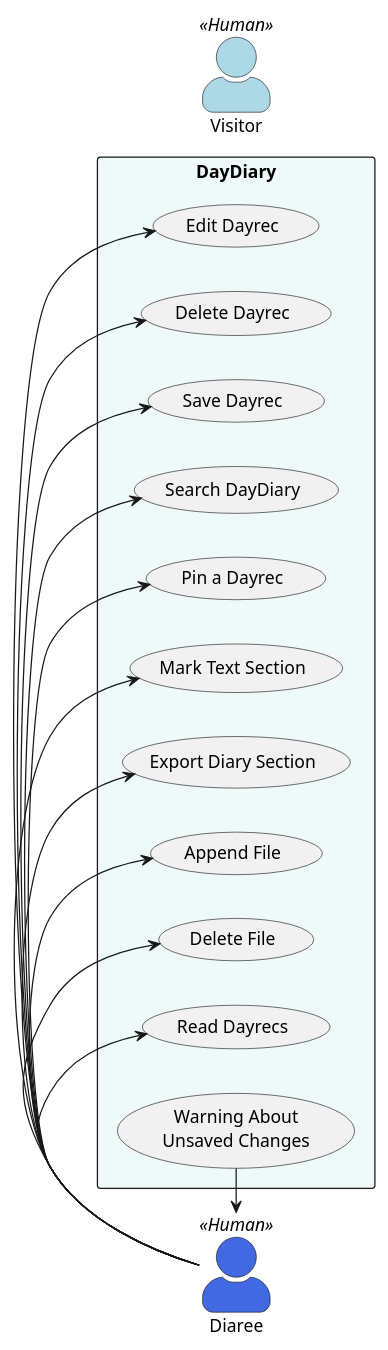
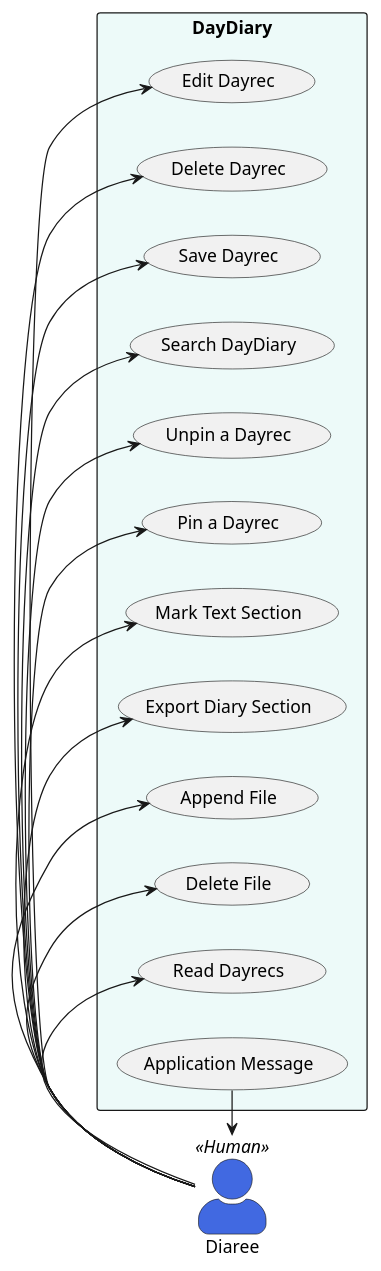
The first of 3 diagrams in docs/requirements-gathering/usecase.puml (gabrijelokorn/daydiary), drawn with PlantUML before and after one commit. The commit also changed other lines of this file and 1 other file, not shown here.

```diff
--- a/docs/requirements-gathering/usecase.puml
+++ b/docs/requirements-gathering/usecase.puml
@@ -2,36 +2,37 @@
 @startuml
 left to right direction
 skinparam actorStyle awesome
 
 actor Diaree <<Human>> #royalblue 
-actor Visitor <<Human>> #lightblue
 
 rectangle DayDiary #edfaf9 {
   usecase search as "Search DayDiary"
   usecase edit as "Edit Dayrec"
   usecase delete as "Delete Dayrec"
   usecase save as "Save Dayrec"
   usecase append as "Append File"
   usecase deleteFile as "Delete File"
   usecase read as "Read Dayrecs"
 
+  usecase unpin as "Unpin a Dayrec"
   usecase pin as "Pin a Dayrec"
   usecase mark as "Mark Text Section"
 
   usecase export as "Export Diary Section"
 
-usecase warning as "Warning About\nUnsaved Changes"
+usecase message as "Application Message"
 }
 Diaree  -> edit
 Diaree  -> delete
 Diaree  -> save
 Diaree  -> search
+Diaree  -> unpin
 Diaree  -> pin
 Diaree  -> mark
 Diaree  -> export
 Diaree  -> append
 Diaree  -> deleteFile
 Diaree  -> read
-warning -> Diaree
+message -> Diaree
 
 @enduml
```
